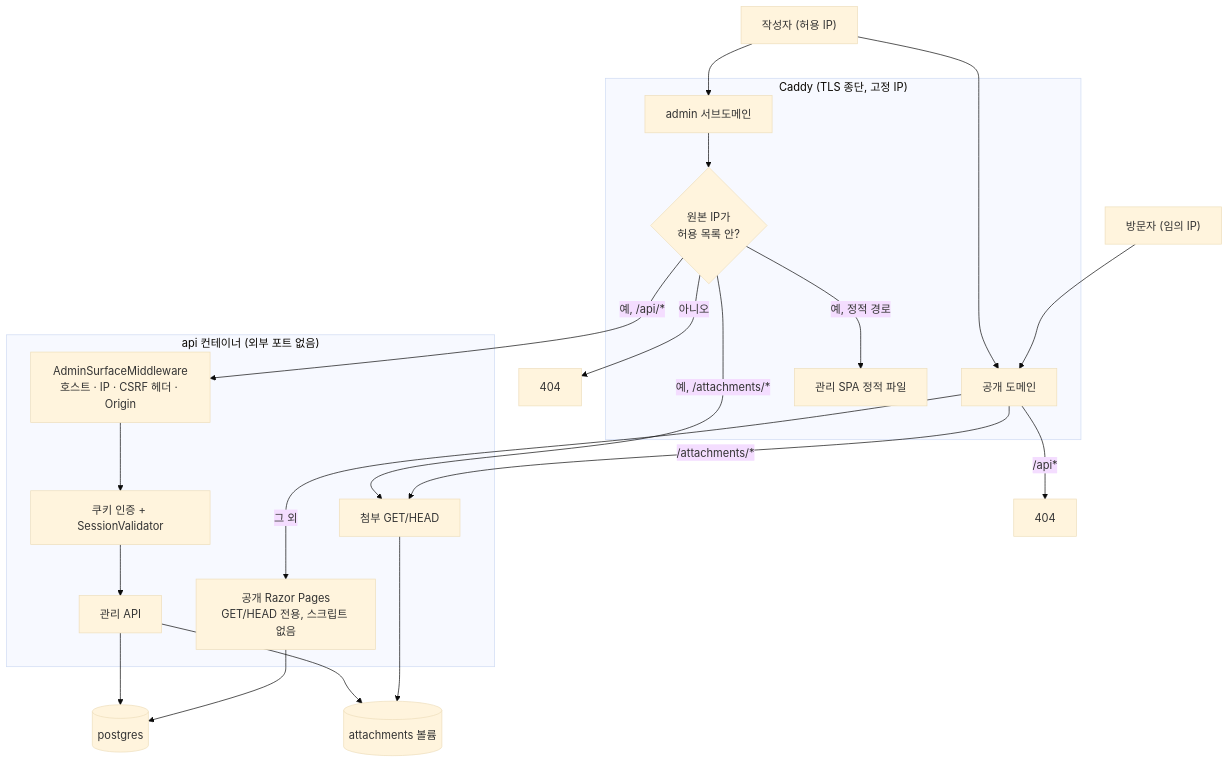
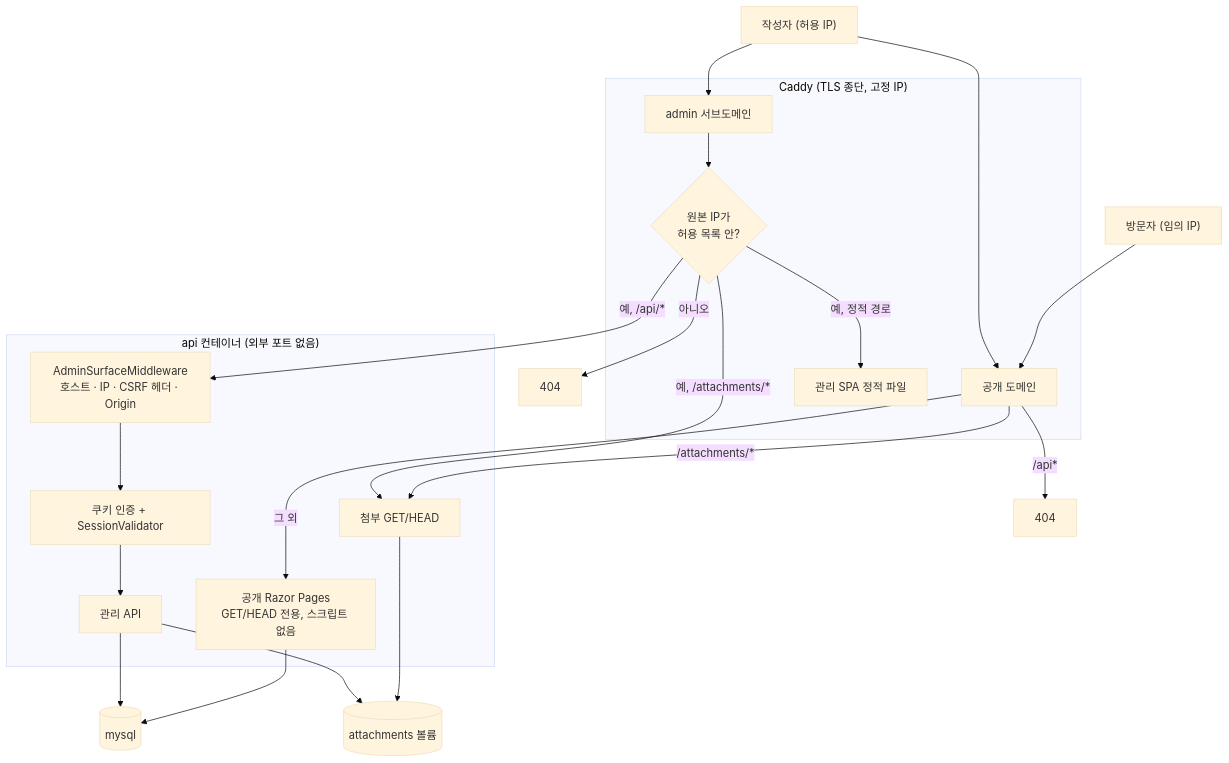
One commit to BerryBless/WebProject changed the first of 5 diagrams in docs/architecture.md. Above: the diagram before and after it, drawn with Mermaid (base theme). The commit also changed other lines of this file and 121 other files, not shown here.

````diff
--- a/docs/architecture.md
+++ b/docs/architecture.md
@@ -9,40 +9,40 @@
 ```mermaid
 flowchart TB
     V["방문자 (임의 IP)"]
     A["작성자 (허용 IP)"]
 
     subgraph caddy["Caddy (TLS 종단, 고정 IP)"]
         PUB["공개 도메인"]
         ADM["admin 서브도메인"]
         G0{"원본 IP가<br/>허용 목록 안?"}
         SPA["관리 SPA 정적 파일"]
     end
 
     subgraph api["api 컨테이너 (외부 포트 없음)"]
         RZ["공개 Razor Pages<br/>GET/HEAD 전용, 스크립트 없음"]
         MW["AdminSurfaceMiddleware<br/>호스트 · IP · CSRF 헤더 · Origin"]
         AUTH["쿠키 인증 + SessionValidator"]
         EP["관리 API"]
         ATT["첨부 GET/HEAD"]
     end
 
-    DB[("postgres")]
+    DB[("mysql")]
     FS[("attachments 볼륨")]
 
     V --> PUB
     A --> PUB
     A --> ADM
     PUB -->|"/api*"| X1["404"]
     PUB -->|"그 외"| RZ
     PUB -->|"/attachments/*"| ATT
     ADM --> G0
     G0 -->|"아니오"| X2["404"]
     G0 -->|"예, 정적 경로"| SPA
     G0 -->|"예, /api/*"| MW
     G0 -->|"예, /attachments/*"| ATT
     MW --> AUTH --> EP
     RZ --> DB
     ATT --> FS
     EP --> DB
     EP --> FS
 ```
````
